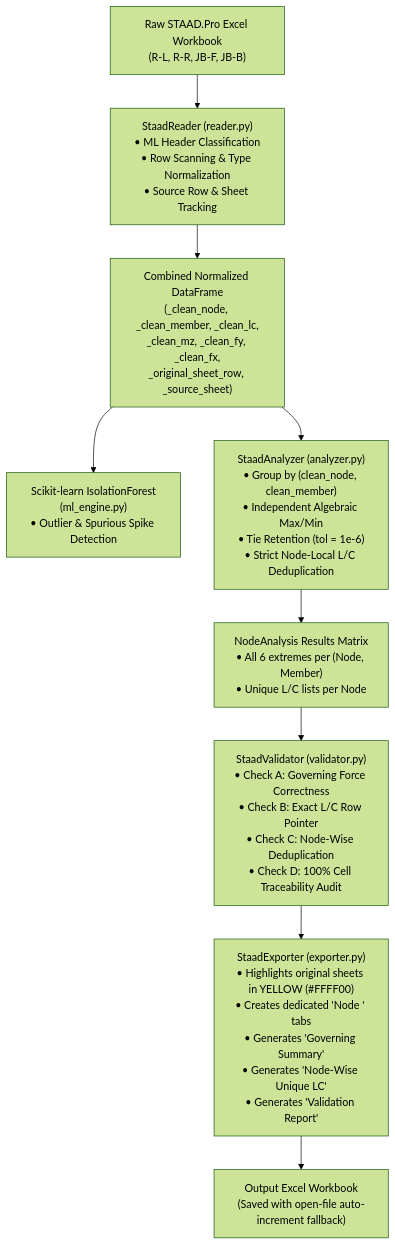
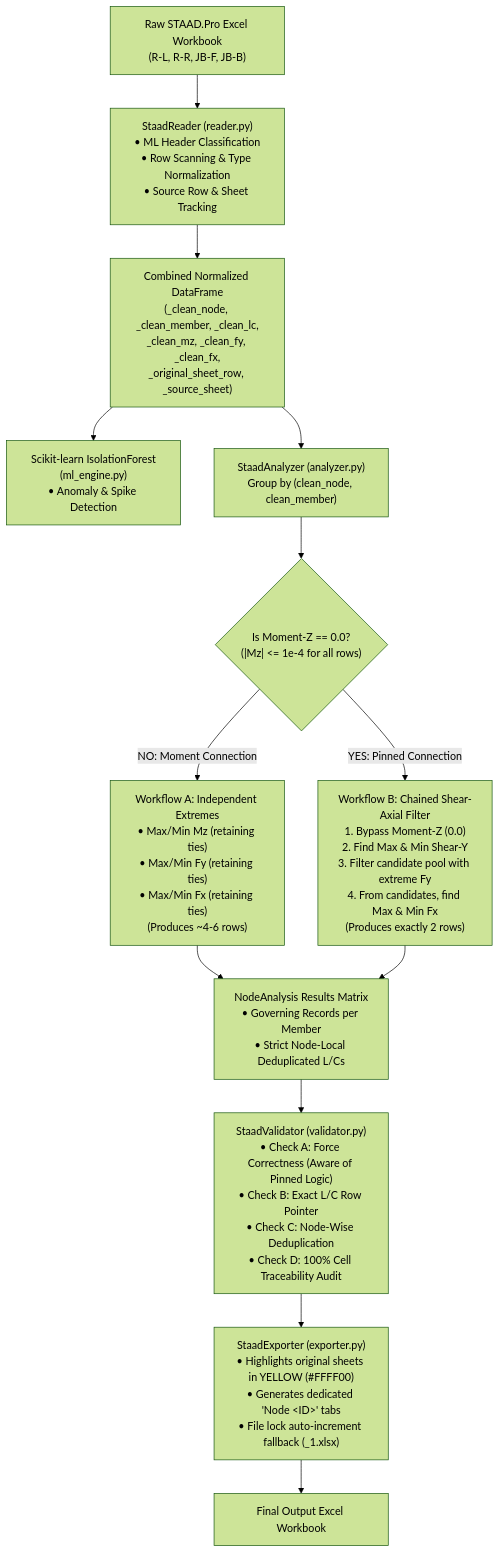
The diagram in docs/CODE_AND_LOGIC_EXPLANATION.md (kirubanithi-debug/Automation), drawn with Mermaid (forest theme) before and after one commit. The commit also changed other lines of this file and 11 other files, not shown here.

Commit message:
refactor: add automated staad.pro member force extraction and node deduplication engine with ui

````diff
--- a/docs/CODE_AND_LOGIC_EXPLANATION.md
+++ b/docs/CODE_AND_LOGIC_EXPLANATION.md
@@ -54,17 +84,25 @@
 ```mermaid
 flowchart TD
     A["Raw STAAD.Pro Excel Workbook<br/>(R-L, R-R, JB-F, JB-B)"] --> B["StaadReader (reader.py)<br/>• ML Header Classification<br/>• Row Scanning & Type Normalization<br/>• Source Row & Sheet Tracking"]
     
     B --> C["Combined Normalized DataFrame<br/>(_clean_node, _clean_member, _clean_lc,<br/>_clean_mz, _clean_fy, _clean_fx,<br/>_original_sheet_row, _source_sheet)"]
     
-    C --> D["Scikit-learn IsolationForest<br/>(ml_engine.py)<br/>• Outlier & Spurious Spike Detection"]
-    C --> E["StaadAnalyzer (analyzer.py)<br/>• Group by (clean_node, clean_member)<br/>• Independent Algebraic Max/Min<br/>• Tie Retention (tol = 1e-6)<br/>• Strict Node-Local L/C Deduplication"]
+    C --> D["Scikit-learn IsolationForest<br/>(ml_engine.py)<br/>• Anomaly & Spike Detection"]
     
-    E --> F["NodeAnalysis Results Matrix<br/>• All 6 extremes per (Node, Member)<br/>• Unique L/C lists per Node"]
+    C --> E["StaadAnalyzer (analyzer.py)<br/>Group by (clean_node, clean_member)"]
     
-    F --> G["StaadValidator (validator.py)<br/>• Check A: Governing Force Correctness<br/>• Check B: Exact L/C Row Pointer<br/>• Check C: Node-Wise Deduplication<br/>• Check D: 100% Cell Traceability Audit"]
+    E --> Decision{"Is Moment-Z == 0.0?<br/>(|Mz| <= 1e-4 for all rows)"}
     
-    G --> H["StaadExporter (exporter.py)<br/>• Highlights original sheets in YELLOW (#FFFF00)<br/>• Creates dedicated 'Node <ID>' tabs<br/>• Generates 'Governing Summary'<br/>• Generates 'Node-Wise Unique LC'<br/>• Generates 'Validation Report'"]
+    Decision -- "NO: Moment Connection" --> F1["Workflow A: Independent Extremes<br/>• Max/Min Mz (retaining ties)<br/>• Max/Min Fy (retaining ties)<br/>• Max/Min Fx (retaining ties)<br/>(Produces ~4-6 rows)"]
     
-    H --> I["Output Excel Workbook<br/>(Saved with open-file auto-increment fallback)"]
+    Decision -- "YES: Pinned Connection" --> F2["Workflow B: Chained Shear-Axial Filter<br/>1. Bypass Moment-Z (0.0)<br/>2. Find Max & Min Shear-Y<br/>3. Filter candidate pool with extreme Fy<br/>4. From candidates, find Max & Min Fx<br/>(Produces exactly 2 rows)"]
+    
+    F1 --> G["NodeAnalysis Results Matrix<br/>• Governing Records per Member<br/>• Strict Node-Local Deduplicated L/Cs"]
+    F2 --> G
+    
+    G --> H["StaadValidator (validator.py)<br/>• Check A: Force Correctness (Aware of Pinned Logic)<br/>• Check B: Exact L/C Row Pointer<br/>• Check C: Node-Wise Deduplication<br/>• Check D: 100% Cell Traceability Audit"]
+    
+    H --> I["StaadExporter (exporter.py)<br/>• Highlights original sheets in YELLOW (#FFFF00)<br/>• Generates dedicated 'Node &lt;ID&gt;' tabs<br/>• File lock auto-increment fallback (_1.xlsx)"]
+    
+    I --> J["Final Output Excel Workbook"]
 ```
````
